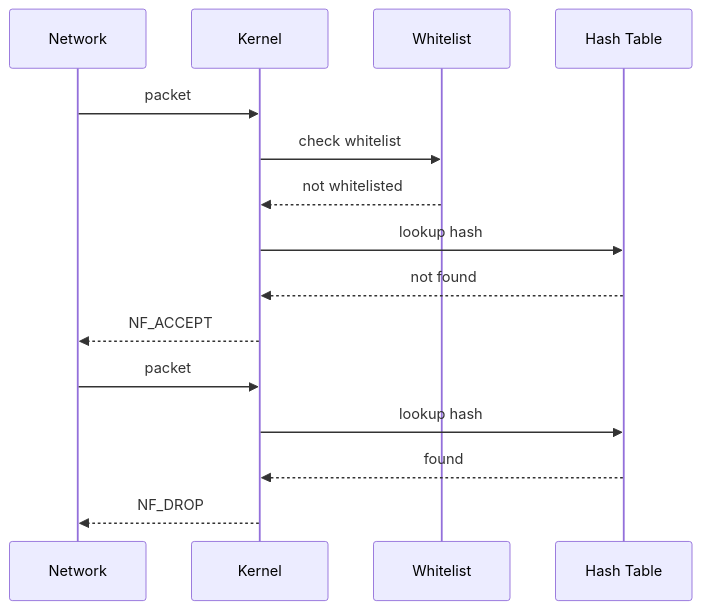
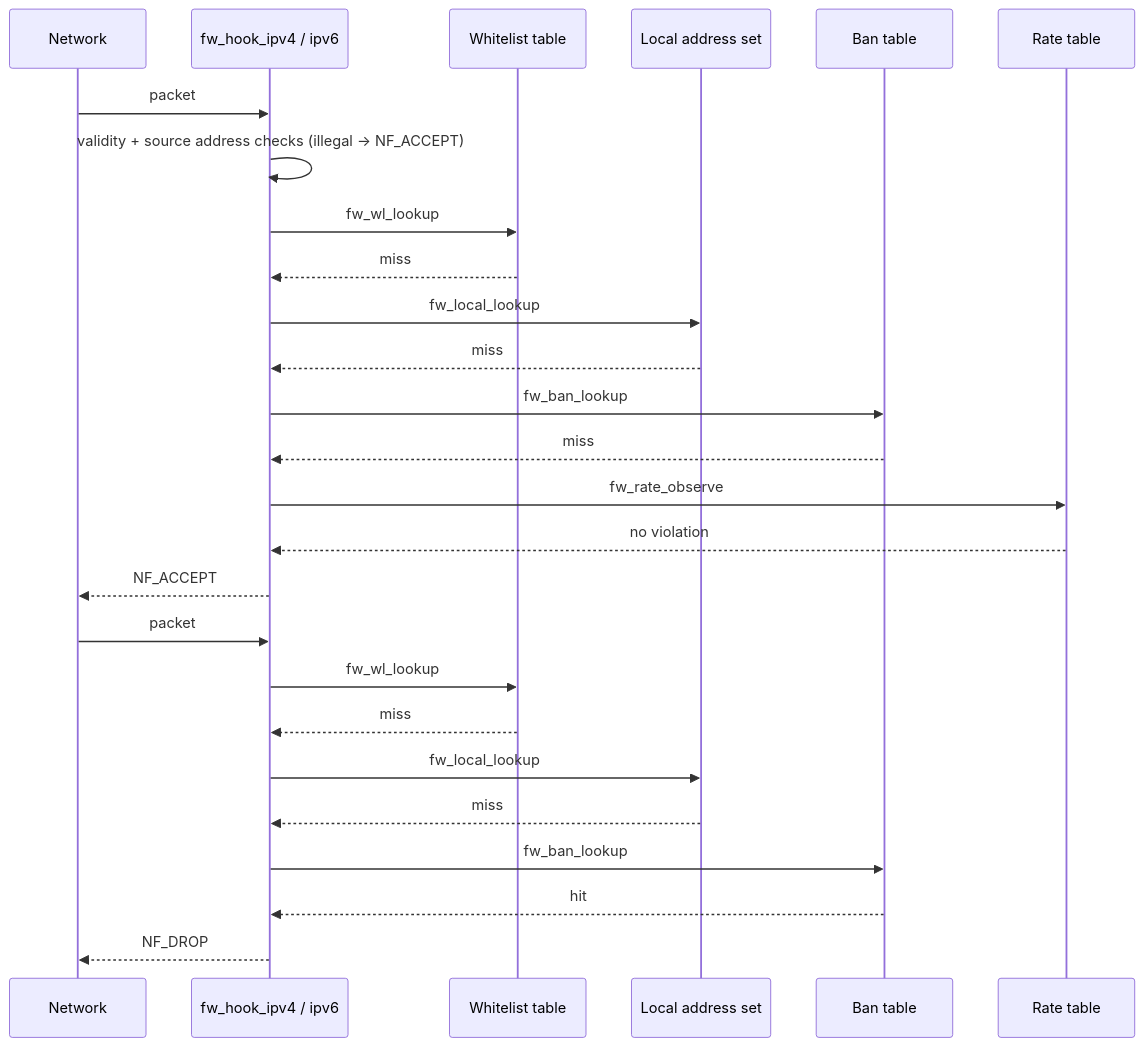
Before and after one commit to SnowCore8/linux-firewall-kmod: the sixth of 6 diagrams in docs/en/architecture/data-flow.md, drawn with Mermaid. The commit also changed other lines of this file and 1 other file, not shown here.

````diff
--- a/docs/en/architecture/data-flow.md
+++ b/docs/en/architecture/data-flow.md
@@ -135,18 +296,30 @@
 ```mermaid
 sequenceDiagram
-    participant N as Network
-    participant K as Kernel
-    participant W as Whitelist
-    participant H as Hash Table
+    participant Net as Network
+    participant Hook as fw_hook_ipv4 / ipv6
+    participant WL as Whitelist table
+    participant Local as Local address set
+    participant Ban as Ban table
+    participant Rate as Rate table
 
-    N->>K: packet
-    K->>W: check whitelist
-    W-->>K: not whitelisted
-    K->>H: lookup hash
-    H-->>K: not found
-    K-->>N: NF_ACCEPT
-    N->>K: packet
-    K->>H: lookup hash
-    H-->>K: found
-    K-->>N: NF_DROP
+    Net->>Hook: packet
+    Hook->>Hook: validity + source address checks (illegal -> NF_ACCEPT)
+    Hook->>WL: fw_wl_lookup
+    WL-->>Hook: miss
+    Hook->>Local: fw_local_lookup
+    Local-->>Hook: miss
+    Hook->>Ban: fw_ban_lookup
+    Ban-->>Hook: miss
+    Hook->>Rate: fw_rate_observe
+    Rate-->>Hook: no violation
+    Hook-->>Net: NF_ACCEPT
+
+    Net->>Hook: packet
+    Hook->>WL: fw_wl_lookup
+    WL-->>Hook: miss
+    Hook->>Local: fw_local_lookup
+    Local-->>Hook: miss
+    Hook->>Ban: fw_ban_lookup
+    Ban-->>Hook: hit
+    Hook-->>Net: NF_DROP
 ```
````
